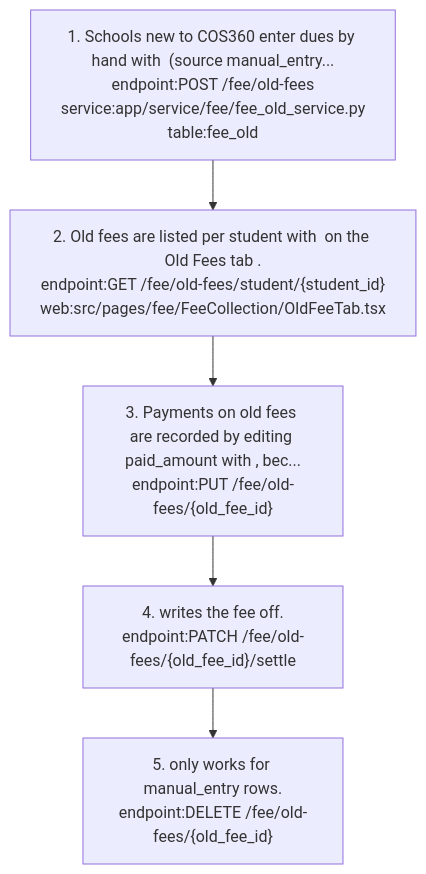
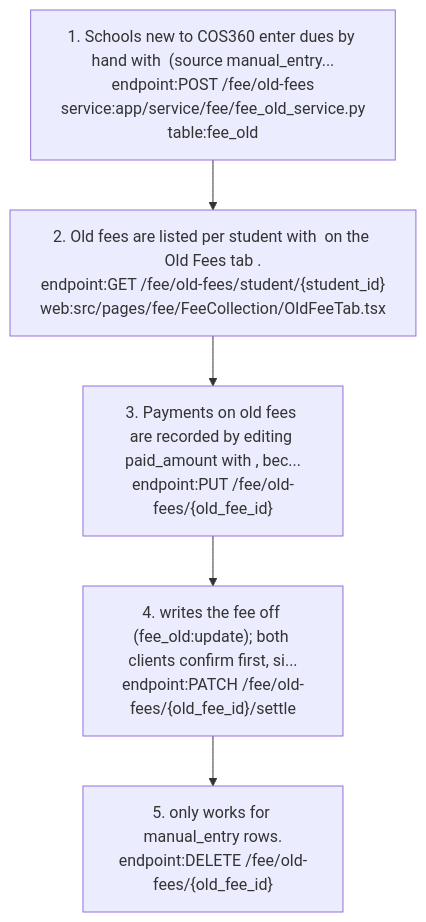
One commit to nerellasraj21/cos360_full_app changed the seventh of 12 diagrams in docs/graph/views/fee.md. Above: the diagram before and after it, drawn with Mermaid. The commit also changed other lines of this file and 4 other files, not shown here.

First line of the commit message:
Gate old-fee settle on fee_old:update; gate and confirm mobile actions

````diff
--- a/docs/graph/views/fee.md
+++ b/docs/graph/views/fee.md
@@ -365,12 +365,12 @@
 ```mermaid
 flowchart TD
   s1["1. Schools new to COS360 enter dues by hand with  (source manual_entry...<br/>endpoint:POST /fee/old-fees<br/>service:app/service/fee/fee_old_service.py<br/>table:fee_old"]
   s2["2. Old fees are listed per student with  on the Old Fees tab .<br/>endpoint:GET /fee/old-fees/student/{student_id}<br/>web:src/pages/fee/FeeCollection/OldFeeTab.tsx"]
   s1 --> s2
   s3["3. Payments on old fees are recorded by editing paid_amount with , bec...<br/>endpoint:PUT /fee/old-fees/{old_fee_id}"]
   s2 --> s3
-  s4["4. writes the fee off.<br/>endpoint:PATCH /fee/old-fees/{old_fee_id}/settle"]
+  s4["4. writes the fee off (fee_old:update); both clients confirm first, si...<br/>endpoint:PATCH /fee/old-fees/{old_fee_id}/settle"]
   s3 --> s4
   s5["5. only works for manual_entry rows.<br/>endpoint:DELETE /fee/old-fees/{old_fee_id}"]
   s4 --> s5
 ```
````
